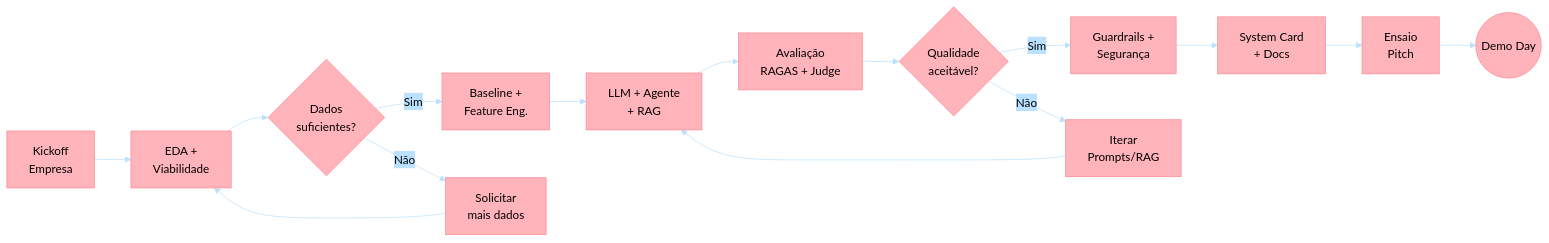
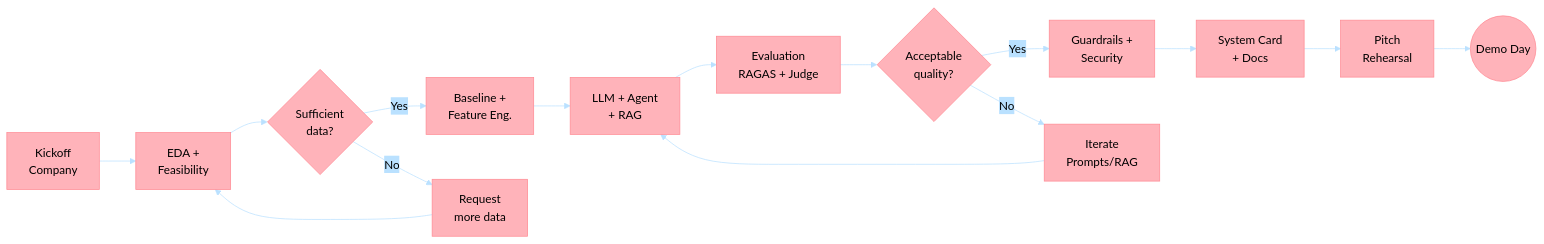
The third of 4 diagrams in docs/CHALLENGE_DESCRIPTION.md (LucasTechAI/nvidia-mlops-platform), drawn with Mermaid before and after one commit. The commit also changed other lines of this file and 57 other files, not shown here.

````diff
--- a/docs/CHALLENGE_DESCRIPTION.md
+++ b/docs/CHALLENGE_DESCRIPTION.md
@@ -340,25 +340,25 @@
 ```mermaid
 %%{init: {'theme':'base', 'themeVariables': {
   'primaryColor':'#FFB3BA',
   'primaryTextColor':'#000',
   'primaryBorderColor':'#FF8B94',
   'lineColor':'#BAE1FF',
   'secondaryColor':'#BAE1FF',
   'tertiaryColor':'#FFFFFF'
 }}}%%
 flowchart LR
-    A[Kickoff<br/>Empresa] --> B[EDA +<br/>Viabilidade]
-    B --> C{Dados<br/>suficientes?}
-    C --> |Sim| D[Baseline +<br/>Feature Eng.]
-    C --> |Não| E[Solicitar<br/>mais dados]
+    A[Kickoff<br/>Company] --> B[EDA +<br/>Feasibility]
+    B --> C{Sufficient<br/>data?}
+    C --> |Yes| D[Baseline +<br/>Feature Eng.]
+    C --> |No| E[Request<br/>more data]
     E --> B
-    D --> F[LLM + Agente<br/>+ RAG]
-    F --> G[Avaliação<br/>RAGAS + Judge]
-    G --> H{Qualidade<br/>aceitável?}
-    H --> |Sim| I[Guardrails +<br/>Segurança]
-    H --> |Não| J[Iterar<br/>Prompts/RAG]
+    D --> F[LLM + Agent<br/>+ RAG]
+    F --> G[Evaluation<br/>RAGAS + Judge]
+    G --> H{Acceptable<br/>quality?}
+    H --> |Yes| I[Guardrails +<br/>Security]
+    H --> |No| J[Iterate<br/>Prompts/RAG]
     J --> F
     I --> K[System Card<br/>+ Docs]
-    K --> L[Ensaio<br/>Pitch]
+    K --> L[Pitch<br/>Rehearsal]
     L --> M((Demo Day))
 ```
````
